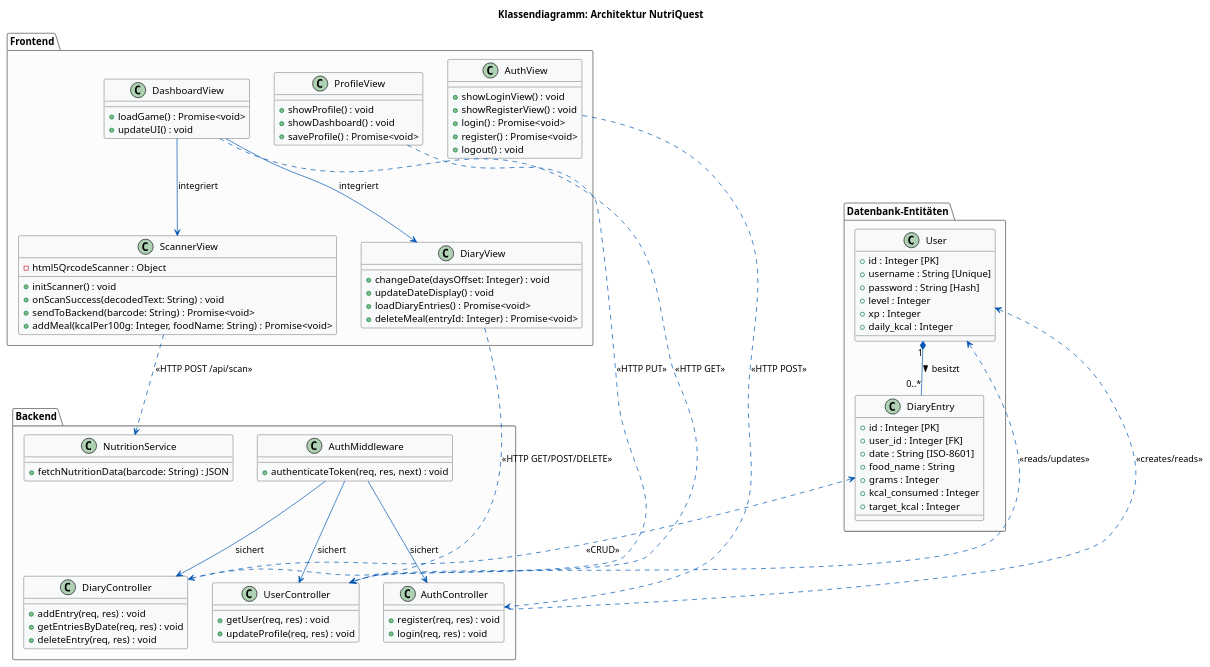
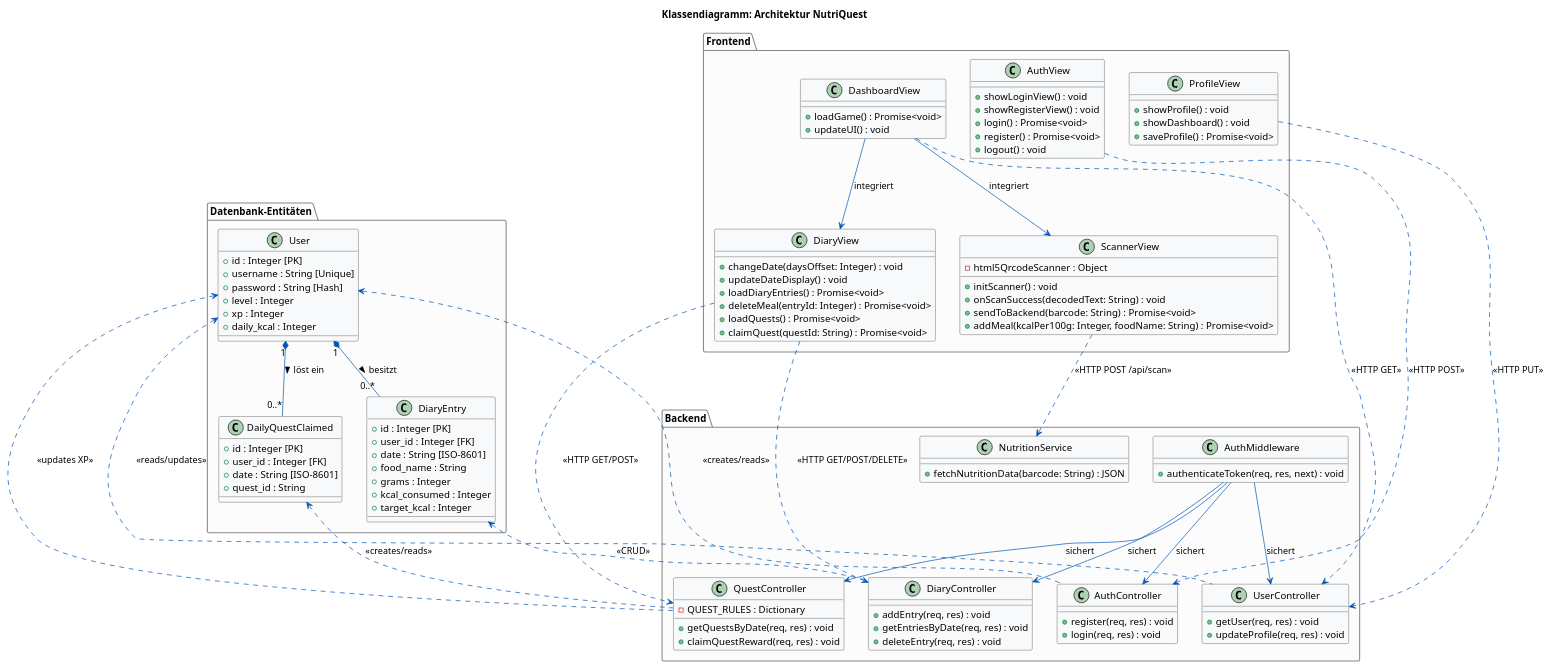
The diagram in classes.puml (danellidesign/nutriquest), drawn with PlantUML before and after one commit. The commit also changed 3 other files, not shown here.

Commit message:
Updated UML charts

```diff
--- a/classes.puml
+++ b/classes.puml
@@ -1,117 +1,138 @@
 @startuml
 skinparam backgroundColor #FFFFFF
 skinparam class {
     BackgroundColor #f8f9fa
     ArrowColor #0056b3
     BorderColor #333333
 }
 skinparam package {
     BorderColor #888888
     BackgroundColor #fcfcfc
 }
 
 title Klassendiagramm: Architektur NutriQuest
 
 package "Datenbank-Entitäten" {
     class User {
         + id : Integer [PK]
         + username : String [Unique]
         + password : String [Hash]
         + level : Integer
         + xp : Integer
         + daily_kcal : Integer
     }
 
     class DiaryEntry {
         + id : Integer [PK]
         + user_id : Integer [FK]
         + date : String [ISO-8601]
         + food_name : String
         + grams : Integer
         + kcal_consumed : Integer
         + target_kcal : Integer
     }
 
+    class DailyQuestClaimed {
+        + id : Integer [PK]
+        + user_id : Integer [FK]
+        + date : String [ISO-8601]
+        + quest_id : String
+    }
+
     User "1" *-- "0..*" DiaryEntry : besitzt >
+    User "1" *-- "0..*" DailyQuestClaimed : löst ein >
 }
 
 package "Backend" {
     class AuthMiddleware {
         + authenticateToken(req, res, next) : void
     }
 
     class AuthController {
         + register(req, res) : void
         + login(req, res) : void
     }
 
     class UserController {
         + getUser(req, res) : void
         + updateProfile(req, res) : void
     }
 
     class DiaryController {
         + addEntry(req, res) : void
         + getEntriesByDate(req, res) : void
         + deleteEntry(req, res) : void
     }
 
+    class QuestController {
+        - QUEST_RULES : Dictionary
+        + getQuestsByDate(req, res) : void
+        + claimQuestReward(req, res) : void
+    }
+
     class NutritionService {
         + fetchNutritionData(barcode: String) : JSON
     }
 
     AuthController .up.> User : <<creates/reads>>
     UserController .up.> User : <<reads/updates>>
     DiaryController .up.> DiaryEntry : <<CRUD>>
+    QuestController .up.> DailyQuestClaimed : <<creates/reads>>
+    QuestController .up.> User : <<updates XP>>
+
     AuthMiddleware --> AuthController : sichert
     AuthMiddleware --> UserController : sichert
     AuthMiddleware --> DiaryController : sichert
+    AuthMiddleware --> QuestController : sichert
 }
 
 package "Frontend" {
     class AuthView {
         + showLoginView() : void
         + showRegisterView() : void
         + login() : Promise<void>
         + register() : Promise<void>
         + logout() : void
     }
 
     class ProfileView {
         + showProfile() : void
         + showDashboard() : void
         + saveProfile() : Promise<void>
     }
 
     class DashboardView {
         + loadGame() : Promise<void>
         + updateUI() : void
     }
 
     class DiaryView {
         + changeDate(daysOffset: Integer) : void
         + updateDateDisplay() : void
         + loadDiaryEntries() : Promise<void>
         + deleteMeal(entryId: Integer) : Promise<void>
+        + loadQuests() : Promise<void>
+        + claimQuest(questId: String) : Promise<void>
     }
 
     class ScannerView {
         - html5QrcodeScanner : Object
         + initScanner() : void
         + onScanSuccess(decodedText: String) : void
         + sendToBackend(barcode: String) : Promise<void>
         + addMeal(kcalPer100g: Integer, foodName: String) : Promise<void>
     }
 
     DashboardView --> DiaryView : integriert
     DashboardView --> ScannerView : integriert
 }
 
 ' Verbindungen zwischen Frontend und Backend (HTTP REST)
 AuthView ..> AuthController : <<HTTP POST>>
 ProfileView ..> UserController : <<HTTP PUT>>
 DashboardView ..> UserController : <<HTTP GET>>
 DiaryView ..> DiaryController : <<HTTP GET/POST/DELETE>>
+DiaryView ..> QuestController : <<HTTP GET/POST>>
 ScannerView ..> NutritionService : <<HTTP POST /api/scan>>
 
 @enduml
```
